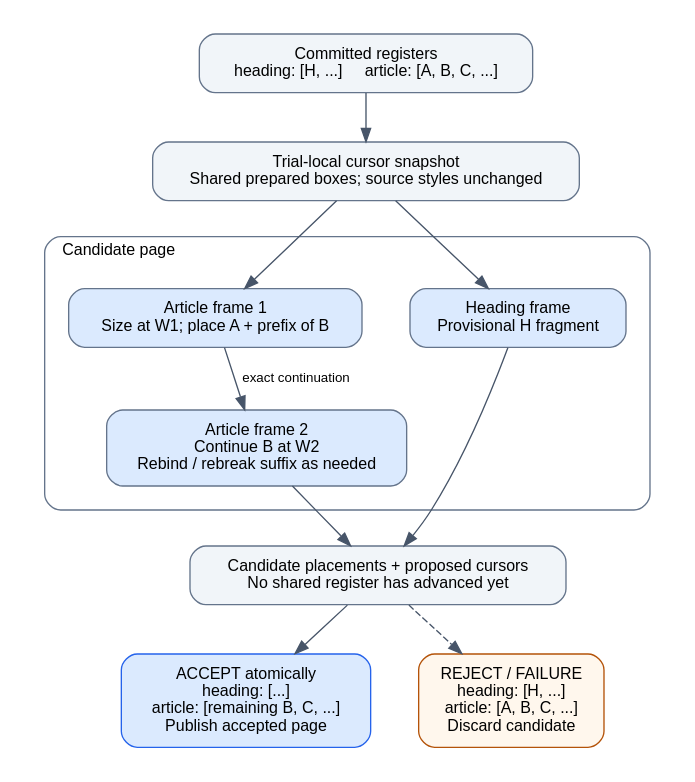
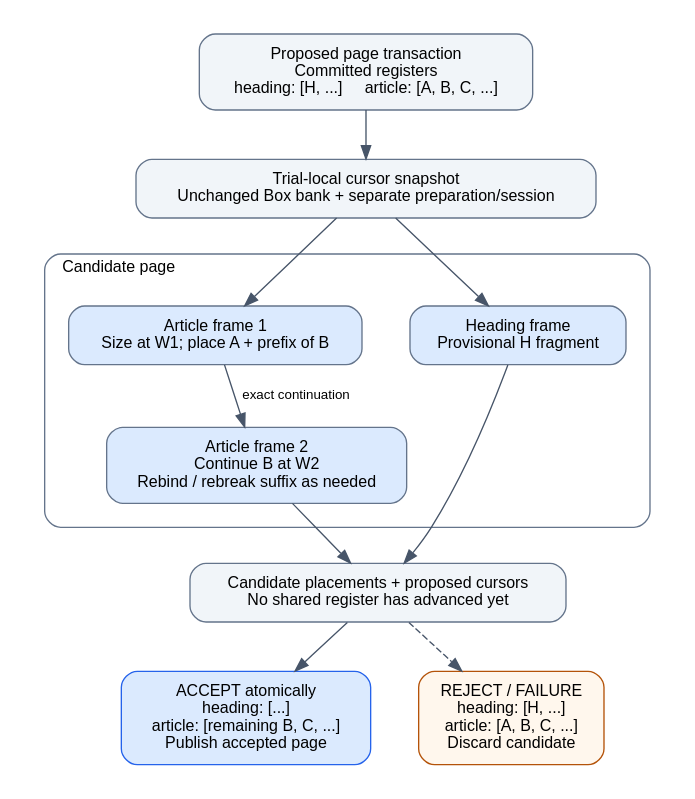
The diagram in doc/diagrams/design-flows.dot (npillmayer/pagelayout), drawn with Graphviz before and after one commit. The commit also changed 30 other files, not shown here.

```diff
--- a/doc/diagrams/design-flows.dot
+++ b/doc/diagrams/design-flows.dot
@@ -1,34 +1,34 @@
 digraph TrialRegisters {
   graph [rankdir=TB, bgcolor="white", pad=0.25, nodesep=0.5, ranksep=0.5,
          fontname="Helvetica", fontsize=12];
   node [shape=box, style="rounded,filled", fillcolor="#f1f5f9", color="#64748b",
         fontname="Helvetica", fontsize=12, margin="0.18,0.12"];
   edge [color="#475569", fontname="Helvetica", fontsize=10];
 
-  committed [label="Committed registers\nheading: [H, ...]     article: [A, B, C, ...]"];
-  snapshot [label="Trial-local cursor snapshot\nShared prepared boxes; source styles unchanged"];
+  committed [label="Proposed page transaction\nCommitted registers\nheading: [H, ...]     article: [A, B, C, ...]"];
+  snapshot [label="Trial-local cursor snapshot\nUnchanged Box bank + separate preparation/session"];
   subgraph cluster_trial {
     label="Candidate page";
     labeljust=l;
     color="#64748b";
     style=rounded;
     margin=18;
     heading [label="Heading frame\nProvisional H fragment", fillcolor="#dbeafe"];
     first [label="Article frame 1\nSize at W1; place A + prefix of B", fillcolor="#dbeafe"];
     second [label="Article frame 2\nContinue B at W2\nRebind / rebreak suffix as needed", fillcolor="#dbeafe"];
     { rank=same; heading; first; }
     first -> second [label="exact continuation"];
   }
   decision [label="Candidate placements + proposed cursors\nNo shared register has advanced yet"];
   accept [label="ACCEPT atomically\nheading: [...]\narticle: [remaining B, C, ...]\nPublish accepted page", fillcolor="#dbeafe", color="#2563eb"];
   reject [label="REJECT / FAILURE\nheading: [H, ...]\narticle: [A, B, C, ...]\nDiscard candidate", fillcolor="#fff7ed", color="#b45309"];
 
   committed -> snapshot;
   snapshot -> heading;
   snapshot -> first;
   heading -> decision;
   second -> decision;
   decision -> accept;
   decision -> reject [style=dashed];
   { rank=same; accept; reject; }
 }
```
